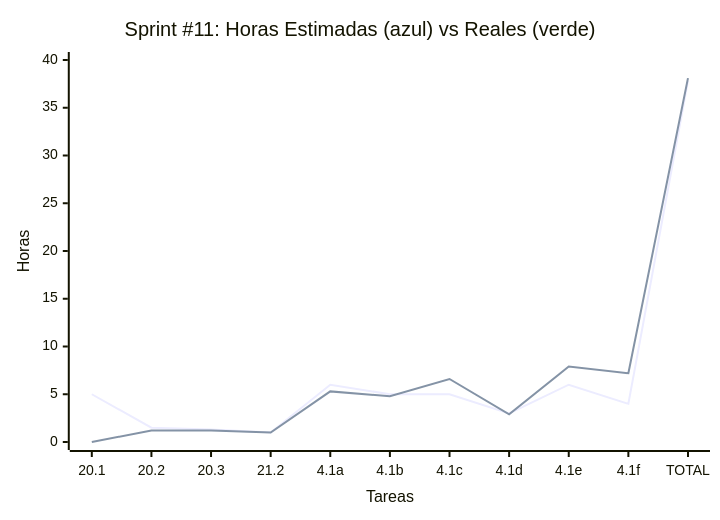
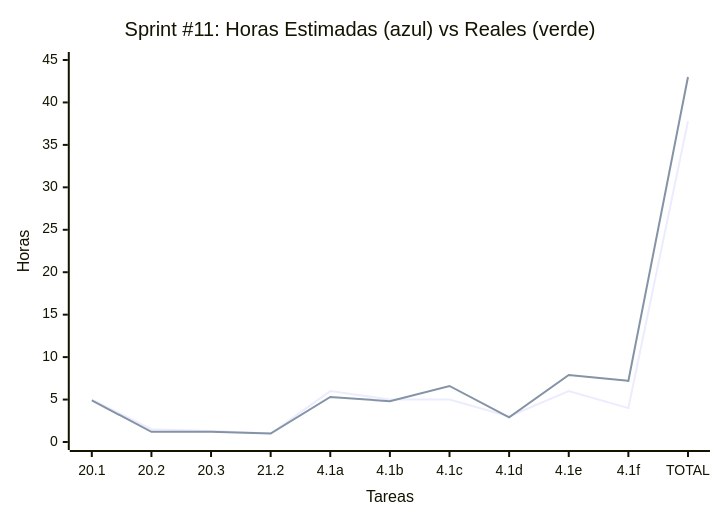
Before and after one commit to MarkMed/FleetMan: diagram 11 of 11 in docs/SprintsPlanning.md, drawn with Mermaid. The commit also changed other lines of this file, not shown here.

Commit message:
feat: Update Sprint #11 hours to reflect actual consumption and adjust chart limits

````diff
--- a/docs/SprintsPlanning.md
+++ b/docs/SprintsPlanning.md
@@ -557,12 +557,12 @@
 ```mermaid
 xychart-beta
     title "Sprint #11: Horas Estimadas (azul) vs Reales (verde)"
     x-axis "Tareas" ["20.1", "20.2", "20.3", "21.2", "4.1a", "4.1b", "4.1c", "4.1d", "4.1e", "4.1f", "TOTAL"]
-    y-axis "Horas" 0 --> 40
+    y-axis "Horas" 0 --> 45
 	
 	%% Green line (Estimadas)
     line [5, 1.5, 1.3, 1, 6, 5, 5, 3, 6, 4, 37.8]
 
 	%% Black line (Reales)
-    line [0, 1.2, 1.2, 1, 5.3, 4.8, 6.6, 2.9, 7.9, 7.2, 38.1]
+    line [4.9, 1.2, 1.2, 1, 5.3, 4.8, 6.6, 2.9, 7.9, 7.2, 43]
 ```
````
